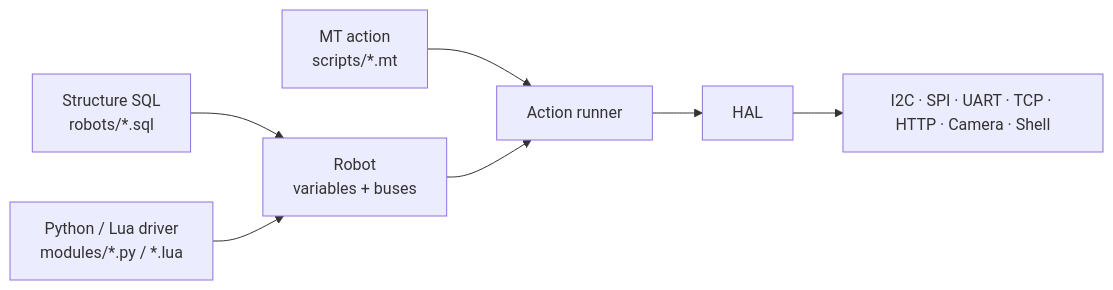
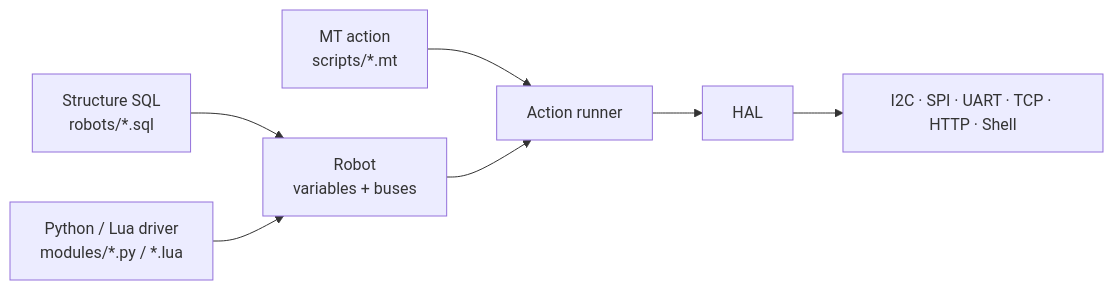
The diagram in docs/README.en.md (gopsc/mybot), drawn with Mermaid before and after one commit. The commit also changed 56 other files, not shown here.

````diff
--- a/docs/README.en.md
+++ b/docs/README.en.md
@@ -152,9 +152,9 @@
 ```mermaid
 flowchart LR
     SQL["Structure SQL<br/>robots/*.sql"] --> ROBOT["Robot<br/>variables + buses"]
     DRIVER["Python / Lua driver<br/>modules/*.py / *.lua"] --> ROBOT
     MT["MT action<br/>scripts/*.mt"] --> RUNNER["Action runner"]
     ROBOT --> RUNNER
     RUNNER --> HAL["HAL"]
-    HAL --> DEV["I2C · SPI · UART · TCP · HTTP · Camera · Shell"]
+    HAL --> DEV["I2C · SPI · UART · TCP · HTTP · Shell"]
 ```
````
